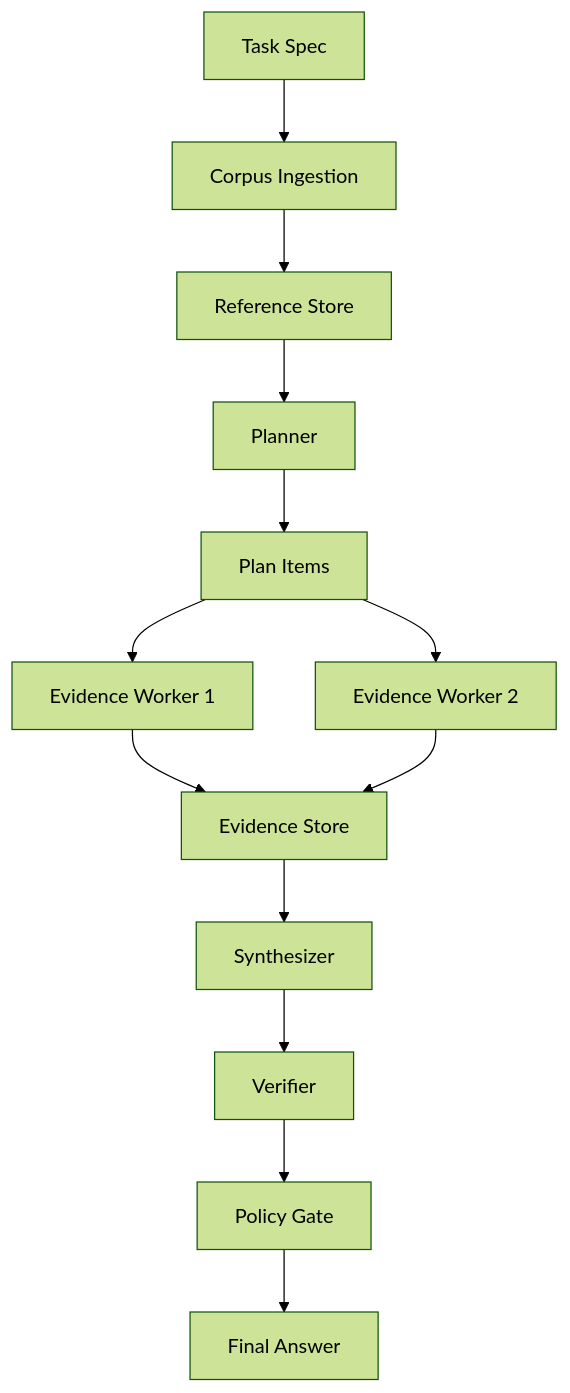
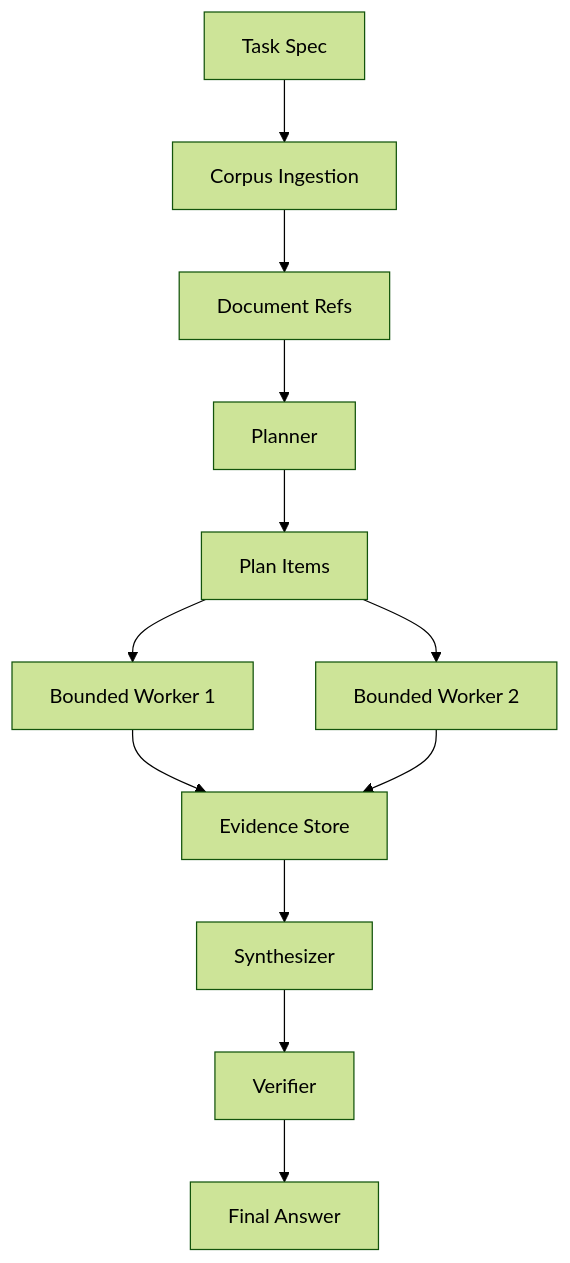
The diagram in README.md (rmax-ai/recursive-execution-harness-lab), drawn with Mermaid (forest theme) before and after one commit. The commit also changed other lines of this file and 16 other files, not shown here.

````diff
--- a/README.md
+++ b/README.md
@@ -11,15 +11,14 @@
 ```mermaid
 flowchart TD
     A[Task Spec] --> B[Corpus Ingestion]
-    B --> C[Reference Store]
+    B --> C[Document Refs]
     C --> D[Planner]
     D --> E[Plan Items]
-    E --> F1[Evidence Worker 1]
-    E --> F2[Evidence Worker 2]
+    E --> F1[Bounded Worker 1]
+    E --> F2[Bounded Worker 2]
     F1 --> G[Evidence Store]
     F2 --> G
     G --> H[Synthesizer]
     H --> I[Verifier]
-    I --> J[Policy Gate]
-    J --> K[Final Answer]
+    I --> K[Final Answer]
 ```
````
